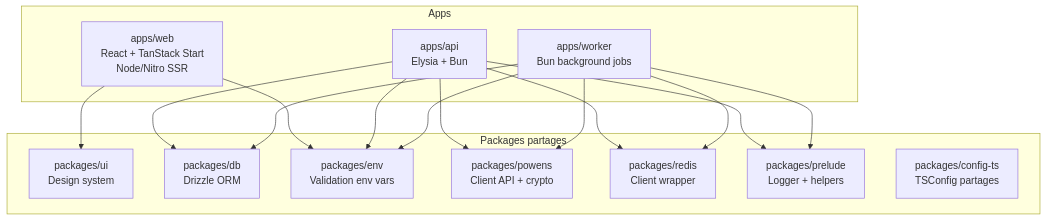
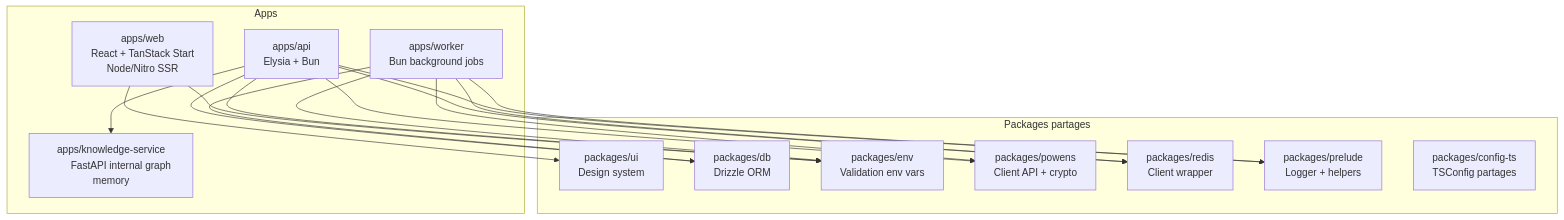
The first of 5 diagrams in docs/context/APP-ARCHITECTURES.md (BigZoo92/finance-os), drawn with Mermaid before and after one commit. The commit also changed other lines of this file and 64 other files, not shown here.

Commit message:
initialise graph db knwoledge python backend

````diff
--- a/docs/context/APP-ARCHITECTURES.md
+++ b/docs/context/APP-ARCHITECTURES.md
@@ -11,42 +11,45 @@
 ```mermaid
 graph TB
     subgraph "Apps"
         Web["apps/web
         React + TanStack Start
         Node/Nitro SSR"]
         API["apps/api
         Elysia + Bun"]
         Worker["apps/worker
         Bun background jobs"]
+        Knowledge["apps/knowledge-service
+        FastAPI internal graph memory"]
     end
 
     subgraph "Packages partages"
         UI["packages/ui
         Design system"]
         DB["packages/db
         Drizzle ORM"]
         Env["packages/env
         Validation env vars"]
         Powens["packages/powens
         Client API + crypto"]
         Redis["packages/redis
         Client wrapper"]
         Prelude["packages/prelude
         Logger + helpers"]
         ConfigTS["packages/config-ts
         TSConfig partages"]
     end
 
     Web --> UI
     Web --> Env
     API --> DB
     API --> Env
     API --> Powens
     API --> Redis
     API --> Prelude
+    API --> Knowledge
     Worker --> DB
     Worker --> Env
     Worker --> Powens
     Worker --> Redis
     Worker --> Prelude
 ```
````
